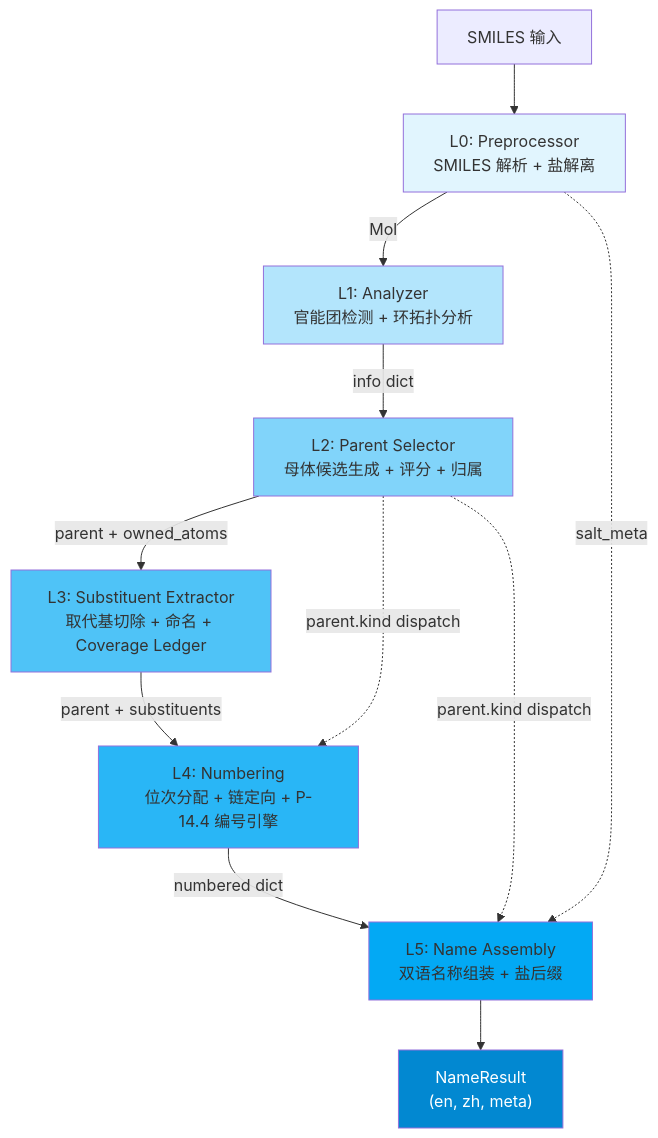
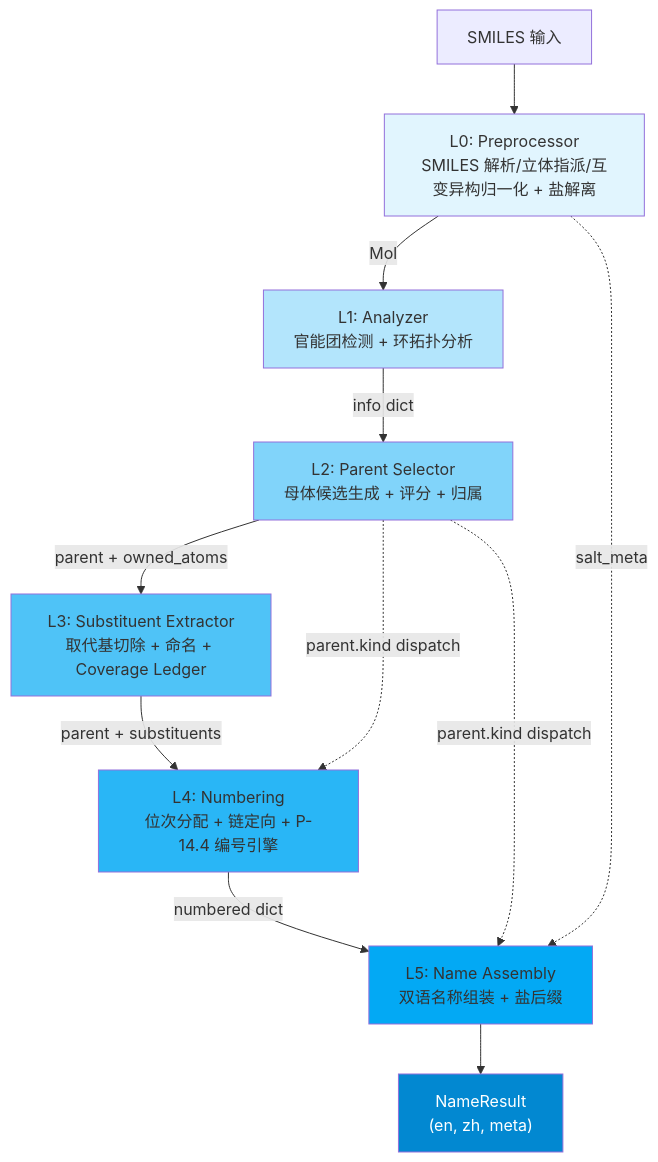
Before and after one commit to zouxiaofei1/OpenSMILES: the diagram in docs/wiki/architecture/overview.md, drawn with Mermaid. The commit also changed other lines of this file and 14 other files, not shown here.

````diff
--- a/docs/wiki/architecture/overview.md
+++ b/docs/wiki/architecture/overview.md
@@ -31,22 +31,22 @@
 ```mermaid
 flowchart TD
-    SMILES["SMILES 输入"] --> L0["L0: Preprocessor<br/>SMILES 解析 + 盐解离"]
+    SMILES["SMILES 输入"] --> L0["L0: Preprocessor<br/>SMILES 解析/立体指派/互变异构归一化 + 盐解离"]
     L0 -->|Mol| L1["L1: Analyzer<br/>官能团检测 + 环拓扑分析"]
     L1 -->|info dict| L2["L2: Parent Selector<br/>母体候选生成 + 评分 + 归属"]
     L2 -->|parent + owned_atoms| L3["L3: Substituent Extractor<br/>取代基切除 + 命名 + Coverage Ledger"]
     L3 -->|parent + substituents| L4["L4: Numbering<br/>位次分配 + 链定向 + P-14.4 编号引擎"]
     L4 -->|numbered dict| L5["L5: Name Assembly<br/>双语名称组装 + 盐后缀"]
     L5 --> R["NameResult<br/>(en, zh, meta)"]
 
     L0 -.->|salt_meta| L5
     L2 -.->|parent.kind dispatch| L4
     L2 -.->|parent.kind dispatch| L5
 
     style L0 fill:#e1f5fe
     style L1 fill:#b3e5fc
     style L2 fill:#81d4fa
     style L3 fill:#4fc3f7
     style L4 fill:#29b6f6
     style L5 fill:#03a9f4
     style R fill:#0288d1,color:#fff
 ```
````
